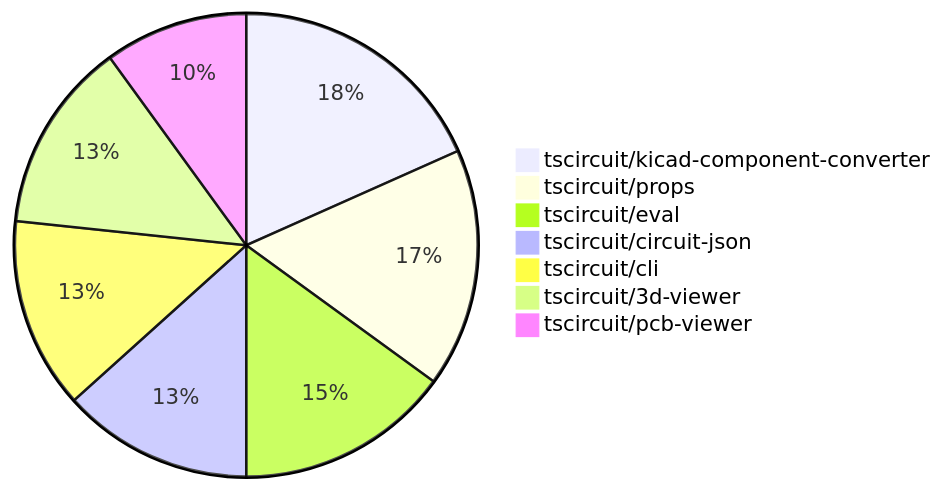
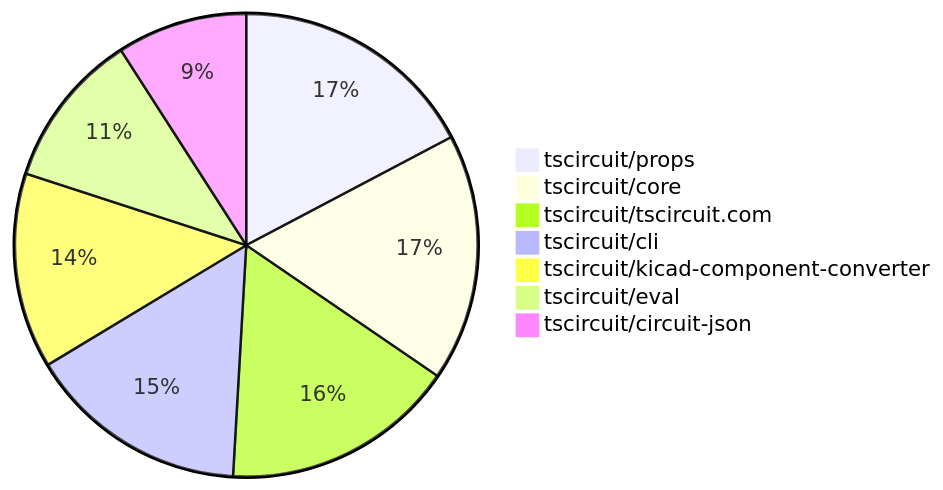
One commit to tscircuit/contribution-tracker changed the second of 2 diagrams in README.md. Above: the diagram before and after it, drawn with Mermaid. The commit also changed other lines of this file and 3 other files, not shown here.

````diff
--- a/README.md
+++ b/README.md
@@ -98,10 +107,10 @@
 ```mermaid
 pie
-    "tscircuit/kicad-component-converter" : 11
-    "tscircuit/props" : 10
-    "tscircuit/eval" : 9
-    "tscircuit/circuit-json" : 8
-    "tscircuit/cli" : 8
-    "tscircuit/3d-viewer" : 8
-    "tscircuit/pcb-viewer" : 6
+    "tscircuit/props" : 19
+    "tscircuit/core" : 19
+    "tscircuit/tscircuit.com" : 18
+    "tscircuit/cli" : 17
+    "tscircuit/kicad-component-converter" : 15
+    "tscircuit/eval" : 12
+    "tscircuit/circuit-json" : 10
 ```
````
